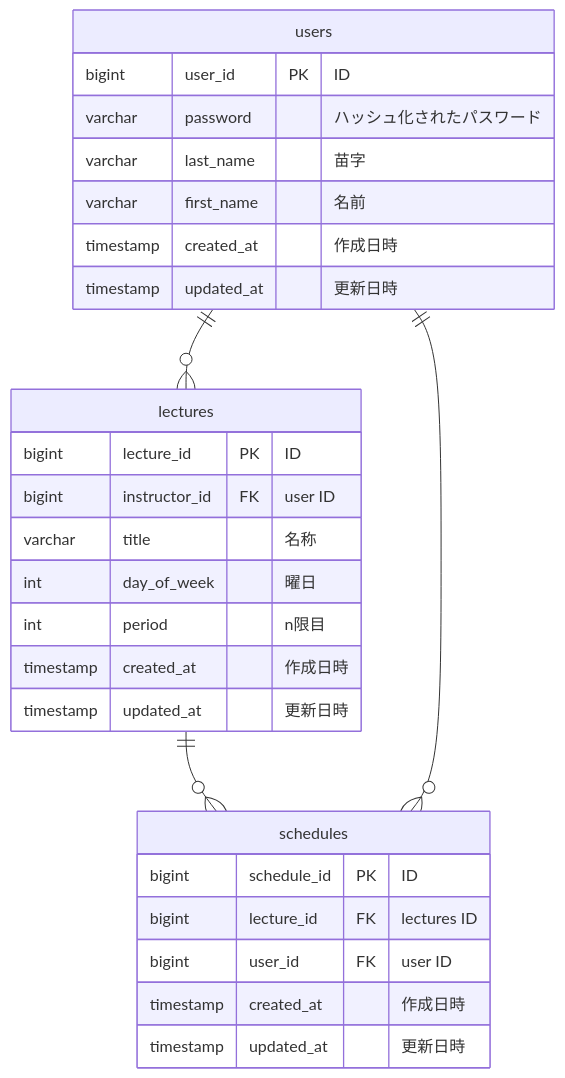
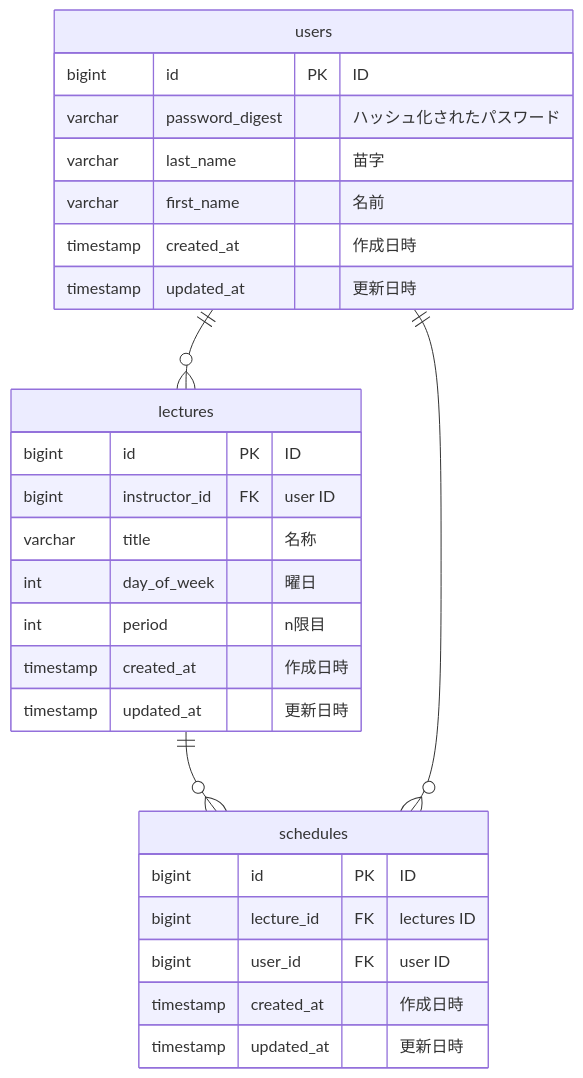
One commit to pochy/EduLectureHub changed the diagram in docs/database.md. Above: the diagram before and after it, drawn with Mermaid. The commit also changed other lines of this file and 7 other files, not shown here.

````diff
--- a/docs/database.md
+++ b/docs/database.md
@@ -3,33 +3,33 @@
 ```mermaid
 erDiagram
     lectures ||--o{ schedules : ""
     users ||--o{ schedules : ""
     users ||--o{ lectures : ""
 
     users {
-        bigint user_id PK "ID"
-        varchar password "ハッシュ化されたパスワード"
+        bigint id PK "ID"
+        varchar password_digest "ハッシュ化されたパスワード"
         varchar last_name "苗字"
         varchar first_name "名前"
         timestamp created_at "作成日時"
         timestamp updated_at "更新日時"
     }
 
     lectures {
-        bigint lecture_id PK "ID"
+        bigint id PK "ID"
         bigint instructor_id FK "user ID"
         varchar title "名称"
         int day_of_week "曜日"
         int period "n限目"
         timestamp created_at "作成日時"
         timestamp updated_at "更新日時"
     }
 
     schedules {
-        bigint schedule_id PK "ID"
+        bigint id PK "ID"
         bigint lecture_id FK "lectures ID"
         bigint user_id FK "user ID"
         timestamp created_at "作成日時"
         timestamp updated_at "更新日時"
     }
 ```
````
